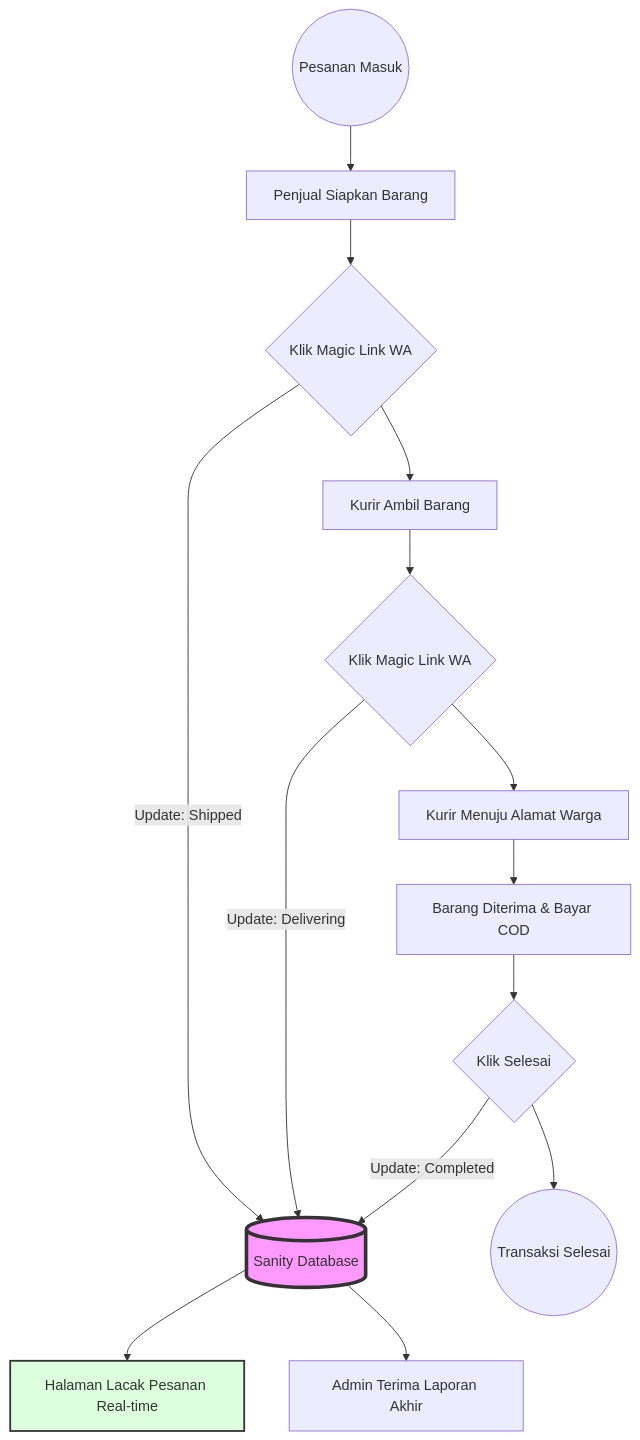
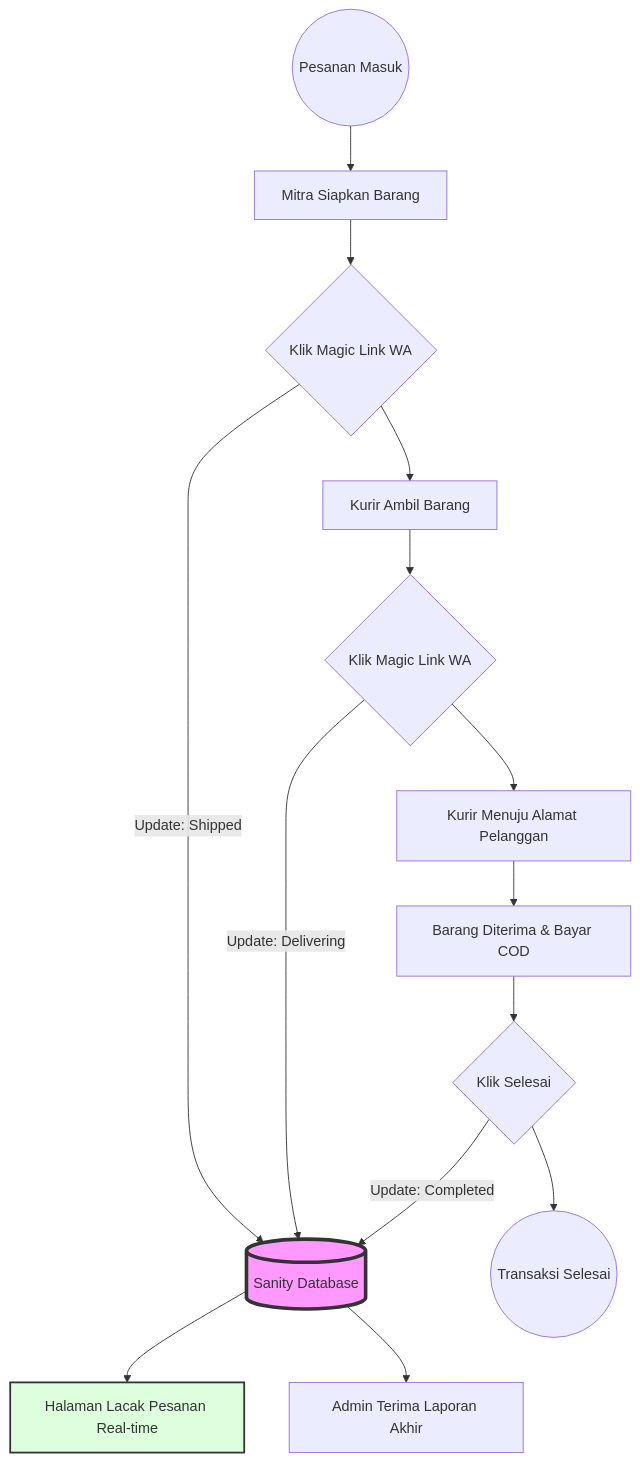
The second of 3 diagrams in DIAGRAM_ALUR.md (diskonnekted/anterbae), drawn with Mermaid before and after one commit. The commit also changed other lines of this file and 13 other files, not shown here.

````diff
--- a/DIAGRAM_ALUR.md
+++ b/DIAGRAM_ALUR.md
@@ -28,23 +28,23 @@
 ```mermaid
 graph TD
-    Start((Pesanan Masuk)) --> V_Prep[Penjual Siapkan Barang]
+    Start((Pesanan Masuk)) --> V_Prep[Mitra Siapkan Barang]
     V_Prep --> V_Link{Klik Magic Link WA}
     V_Link --> |Update: Shipped| DB[(Sanity Database)]
     
     DB --> Tracking[Halaman Lacak Pesanan Real-time]
     
     V_Link --> K_Task[Kurir Ambil Barang]
     K_Task --> K_Link{Klik Magic Link WA}
     K_Link --> |Update: Delivering| DB
     
-    K_Link --> K_OTW[Kurir Menuju Alamat Warga]
+    K_Link --> K_OTW[Kurir Menuju Alamat Pelanggan]
     K_OTW --> K_Arrived[Barang Diterima & Bayar COD]
     K_Arrived --> K_Final{Klik Selesai}
     K_Final --> |Update: Completed| DB
     
     DB --> Admin_Notif[Admin Terima Laporan Akhir]
     K_Final --> End((Transaksi Selesai))
 
     style DB fill:#f9f,stroke:#333,stroke-width:4px
     style Tracking fill:#dfd,stroke:#333,stroke-width:2px
 ```
````
